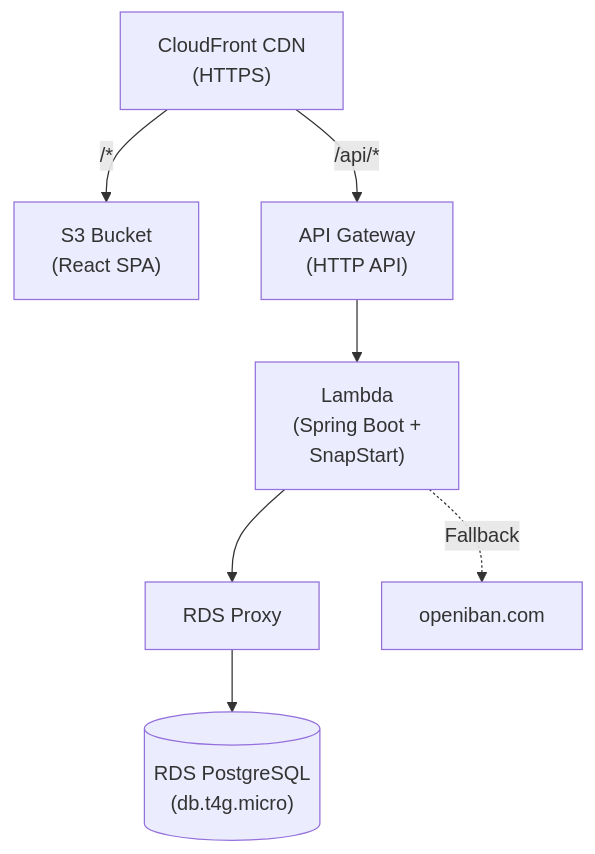
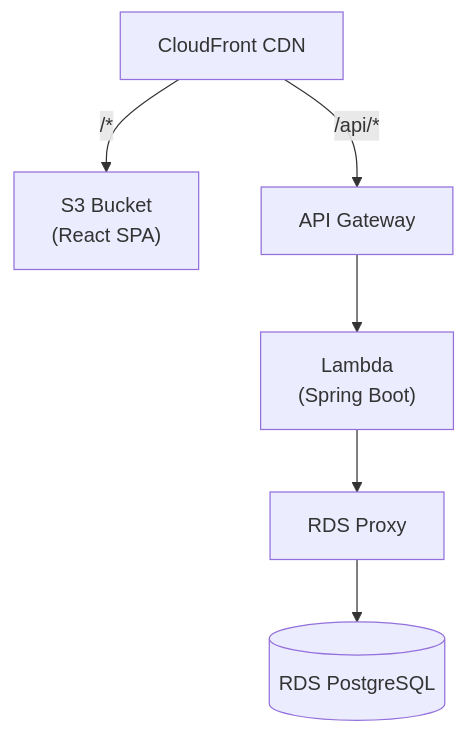
Before and after one commit to nicograef/lexiban: the sixth of 6 diagrams in docs/presentation.md, drawn with Mermaid. The commit also changed other lines of this file, not shown here.

````diff
--- a/docs/presentation.md
+++ b/docs/presentation.md
@@ -358,9 +239,8 @@
 ```mermaid
 graph TB
-    CF["CloudFront CDN\n(HTTPS)"] -->|"/*"| S3["S3 Bucket\n(React SPA)"]
-    CF -->|"/api/*"| APIGW["API Gateway\n(HTTP API)"]
-    APIGW --> Lambda["Lambda\n(Spring Boot +\nSnapStart)"]
+    CF["CloudFront CDN"] -->|"/*"| S3["S3 Bucket\n(React SPA)"]
+    CF -->|"/api/*"| APIGW["API Gateway"]
+    APIGW --> Lambda["Lambda\n(Spring Boot)"]
     Lambda --> Proxy["RDS Proxy"]
-    Proxy --> RDS[("RDS PostgreSQL\n(db.t4g.micro)")]
-    Lambda -.->|"Fallback"| ExtAPI["openiban.com"]
+    Proxy --> RDS[("RDS PostgreSQL")]
 ```
````
